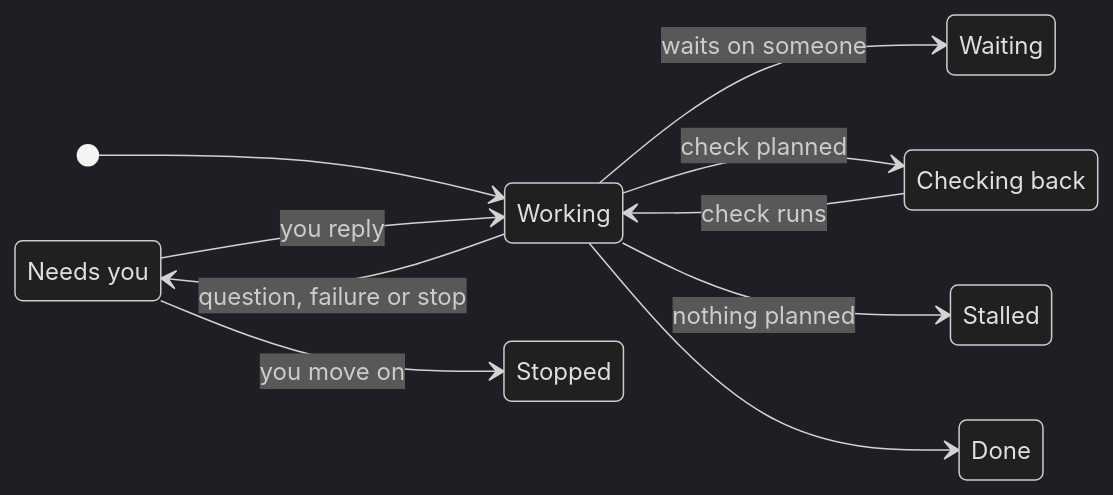
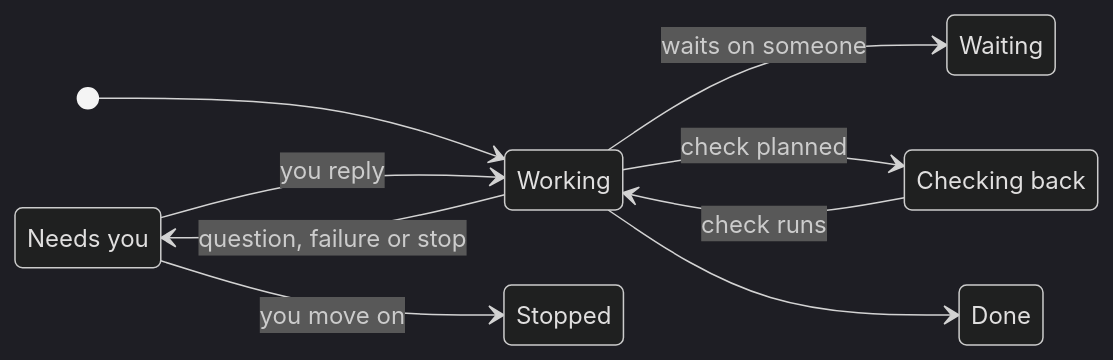
The diagram in docs/src/content/docs/use/tasks.md (KrishBhimani/nod), drawn with Mermaid (dark theme) before and after one commit. The commit also changed other lines of this file and 36 other files, not shown here.

````diff
--- a/docs/src/content/docs/use/tasks.md
+++ b/docs/src/content/docs/use/tasks.md
@@ -117,15 +122,14 @@
 ```mermaid
 stateDiagram-v2
   direction LR
   state "Needs you" as needs
   state "Checking back" as checking
   [*] --> Working
   Working --> needs: question, failure or stop
   needs --> Working: you reply
   Working --> Waiting: waits on someone
   Working --> checking: check planned
-  Working --> Stalled: nothing planned
   checking --> Working: check runs
   Working --> Done
   needs --> Stopped: you move on
 ```
````
